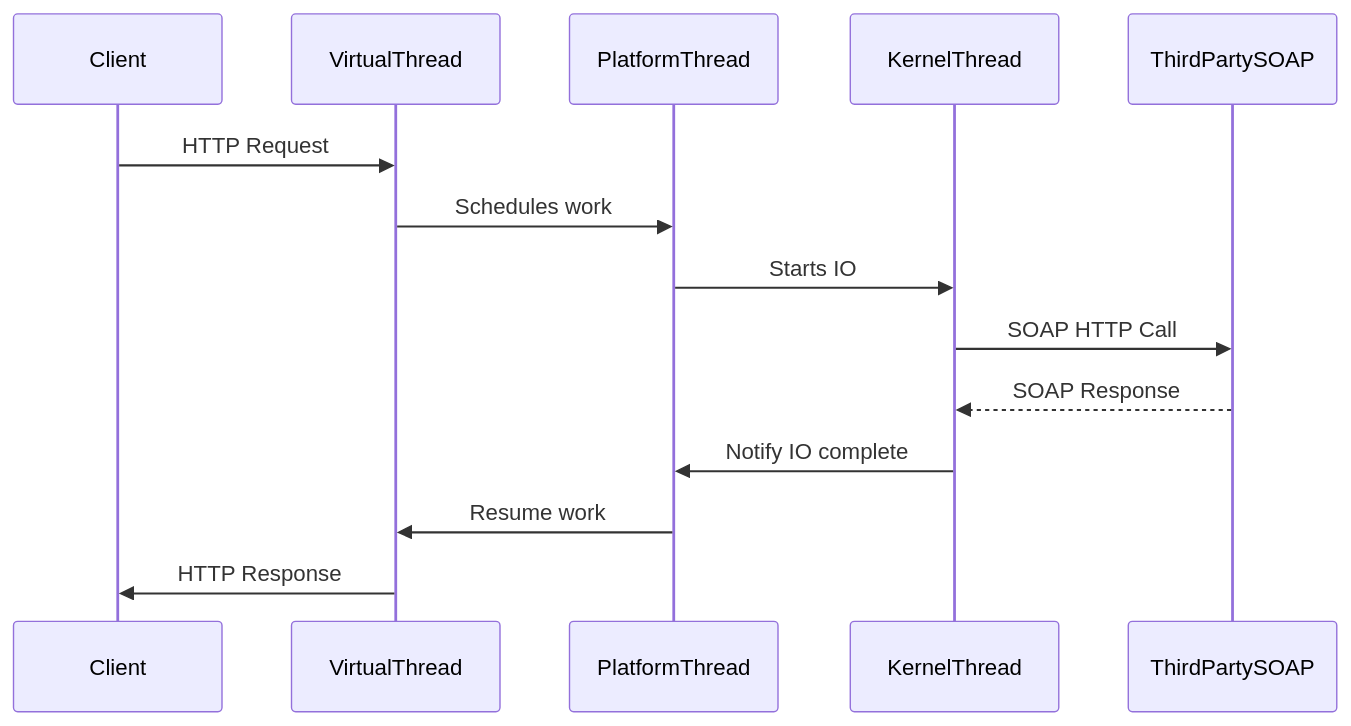
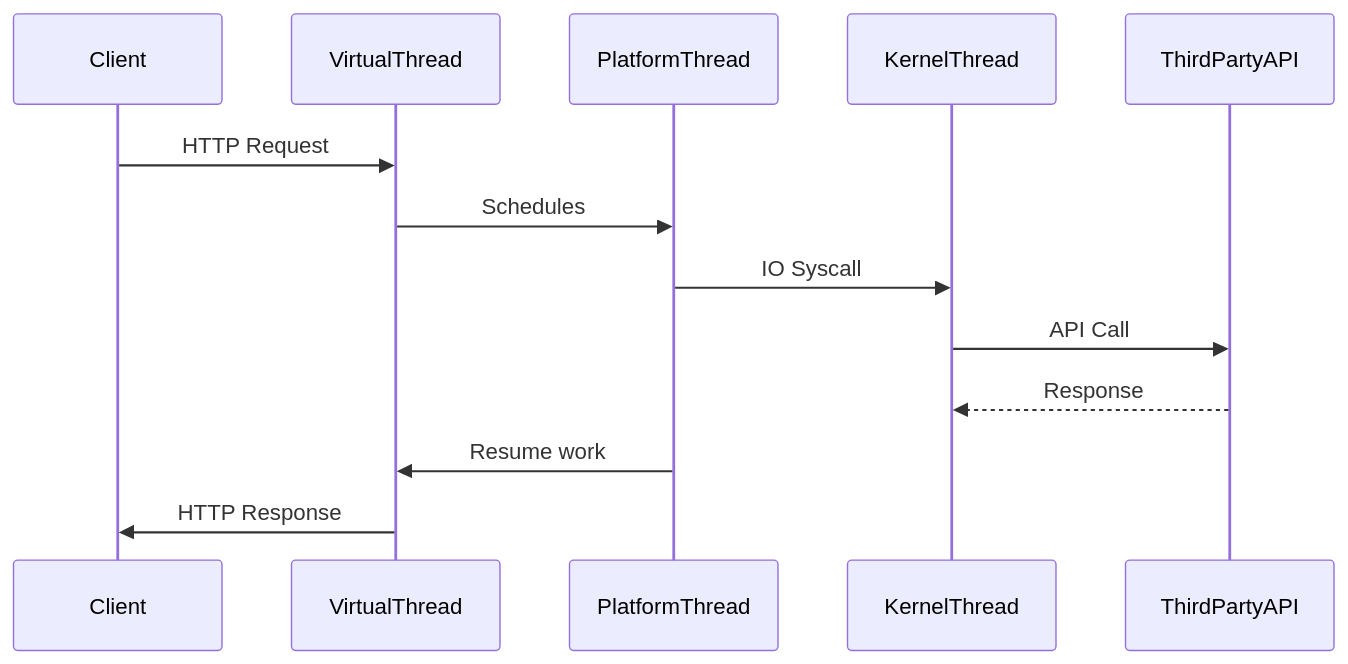
Before and after one commit to sonuprajapati15/Web-frameworks: the second of 7 diagrams in README.md, drawn with Mermaid. The commit also changed other lines of this file, not shown here.

````diff
--- a/README.md
+++ b/README.md
@@ -180,17 +137,16 @@
 ```mermaid
 sequenceDiagram
     participant Client
     participant VirtualThread
     participant PlatformThread
     participant KernelThread
-    participant ThirdPartySOAP
+    participant ThirdPartyAPI
 
     Client->>VirtualThread: HTTP Request
-    VirtualThread->>PlatformThread: Schedules work
-    PlatformThread->>KernelThread: Starts IO
-    KernelThread->>ThirdPartySOAP: SOAP HTTP Call
-    ThirdPartySOAP-->>KernelThread: SOAP Response
-    KernelThread->>PlatformThread: Notify IO complete
+    VirtualThread->>PlatformThread: Schedules
+    PlatformThread->>KernelThread: IO Syscall
+    KernelThread->>ThirdPartyAPI: API Call
+    ThirdPartyAPI-->>KernelThread: Response
     PlatformThread->>VirtualThread: Resume work
     VirtualThread->>Client: HTTP Response
 ```
````
